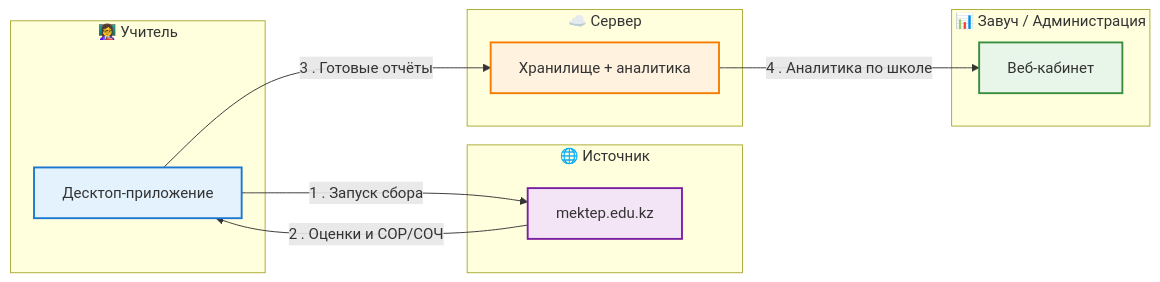
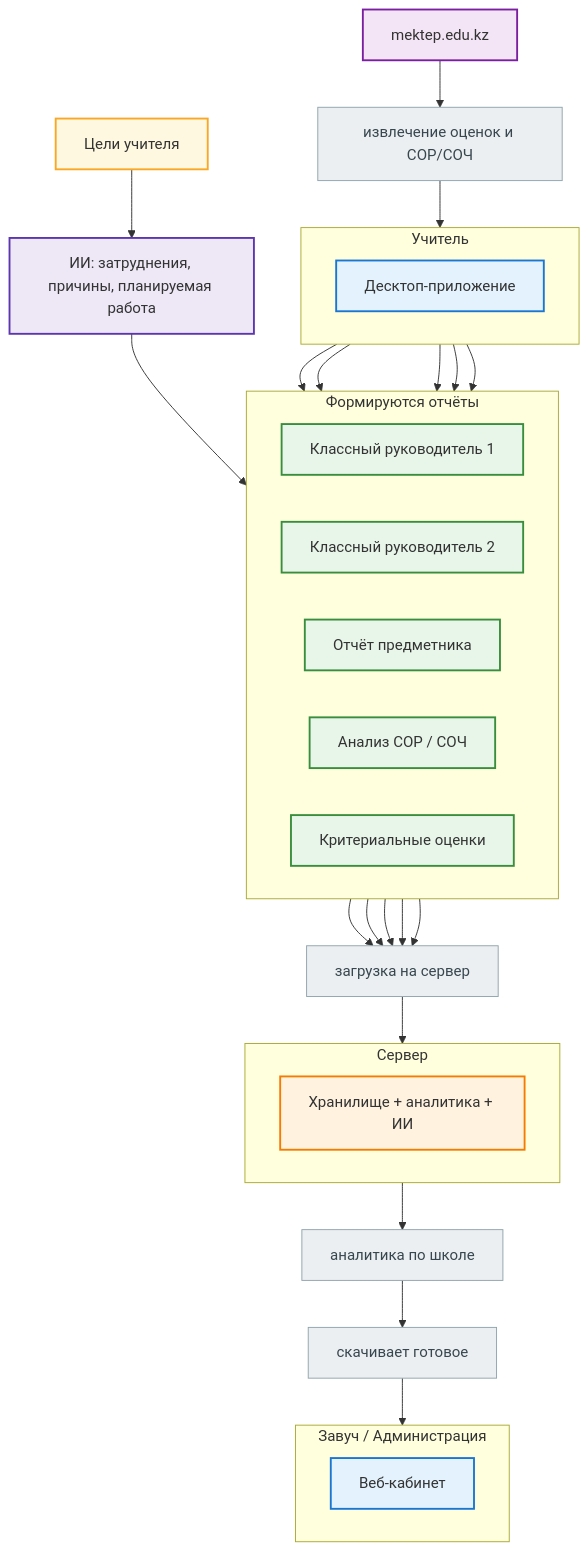
Before and after one commit to ed-baer97/pdf-to-excel-scraper-main: the second of 4 diagrams in ПРЕЗЕНТАЦИЯ.md, drawn with Mermaid. The commit also changed other lines of this file and 9 other files, not shown here.

````diff
--- a/ПРЕЗЕНТАЦИЯ.md
+++ b/ПРЕЗЕНТАЦИЯ.md
@@ -69,25 +117,76 @@
 ```mermaid
-flowchart LR
-    subgraph T["👩‍🏫 Учитель"]
+flowchart TB
+    MK["mektep.edu.kz"]
+    A1["извлечение оценок и СОР/СОЧ"]
+
+    subgraph T["Учитель"]
+        direction LR
         D["Десктоп-приложение"]
     end
-    subgraph M["🌐 Источник"]
-        MK["mektep.edu.kz"]
+
+    GOALS["Цели учителя"]
+    AI["ИИ: затруднения, причины, планируемая работа"]
+
+    subgraph Reports["Формируются отчёты"]
+        direction LR
+        R1["Классный руководитель 1"]
+        R2["Классный руководитель 2"]
+        R3["Отчёт предметника"]
+        R4["Анализ СОР / СОЧ"]
+        R5["Критериальные оценки"]
     end
-    subgraph S["☁️ Сервер"]
-        SRV["Хранилище + аналитика"]
+
+    A2["загрузка на сервер"]
+
+    subgraph S["Сервер"]
+        direction LR
+        SRV["Хранилище + аналитика + ИИ"]
     end
-    subgraph A["📊 Завуч / Администрация"]
+
+    A3["аналитика по школе"]
+    A4["скачивает готовое"]
+
+    subgraph Admin["Завуч / Администрация"]
+        direction LR
         WEB["Веб-кабинет"]
     end
 
-    D -->|"1 . Запуск сбора"| MK
-    MK -->|"2 . Оценки и СОР/СОЧ"| D
-    D -->|"3 . Готовые отчёты"| SRV
-    SRV -->|"4 . Аналитика по школе"| WEB
+    MK --> A1
+    A1 --> D
 
+    D --> R1
+    D --> R2
+    D --> R3
+    D --> R4
+    D --> R5
+
+    GOALS --> AI
+    AI --> R4
+
+    R1 --> A2
+    R2 --> A2
+    R3 --> A2
+    R4 --> A2
+    R5 --> A2
+
+    A2 --> SRV
+    SRV --> A3
+    A3 --> A4
+    A4 --> WEB
+
+    style MK fill:#f3e5f5,stroke:#7b1fa2,stroke-width:2px
     style D fill:#e3f2fd,stroke:#1976d2,stroke-width:2px
-    style MK fill:#f3e5f5,stroke:#7b1fa2,stroke-width:2px
+    style R1 fill:#e8f5e9,stroke:#388e3c,stroke-width:2px
+    style R2 fill:#e8f5e9,stroke:#388e3c,stroke-width:2px
+    style R3 fill:#e8f5e9,stroke:#388e3c,stroke-width:2px
+    style R4 fill:#e8f5e9,stroke:#388e3c,stroke-width:2px
+    style R5 fill:#e8f5e9,stroke:#388e3c,stroke-width:2px
+    style GOALS fill:#fff8e1,stroke:#f9a825,stroke-width:2px
+    style AI fill:#ede7f6,stroke:#5e35b1,stroke-width:2px
     style SRV fill:#fff3e0,stroke:#f57c00,stroke-width:2px
-    style WEB fill:#e8f5e9,stroke:#388e3c,stroke-width:2px
+    style WEB fill:#e3f2fd,stroke:#1976d2,stroke-width:2px
+    style A1 fill:#eceff1,stroke:#90a4ae,stroke-width:1px,color:#37474f
+    style A2 fill:#eceff1,stroke:#90a4ae,stroke-width:1px,color:#37474f
+    style A3 fill:#eceff1,stroke:#90a4ae,stroke-width:1px,color:#37474f
+    style A4 fill:#eceff1,stroke:#90a4ae,stroke-width:1px,color:#37474f
 ```
````
